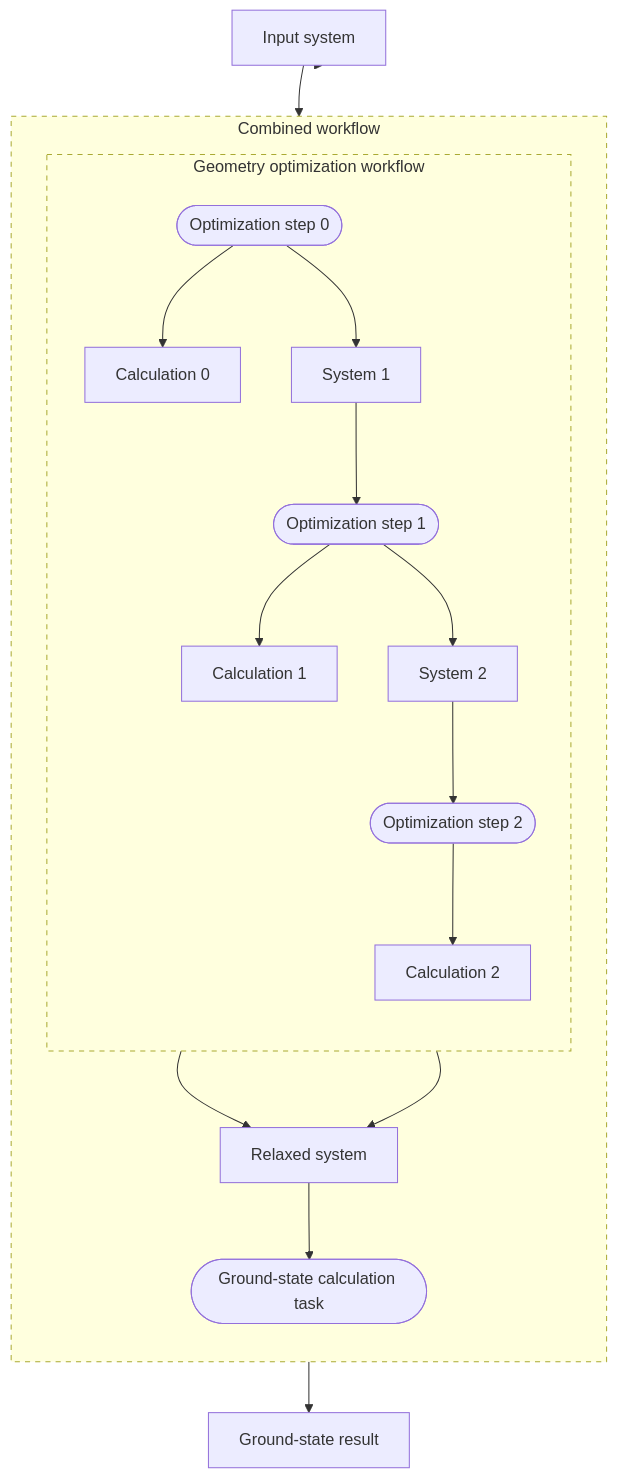
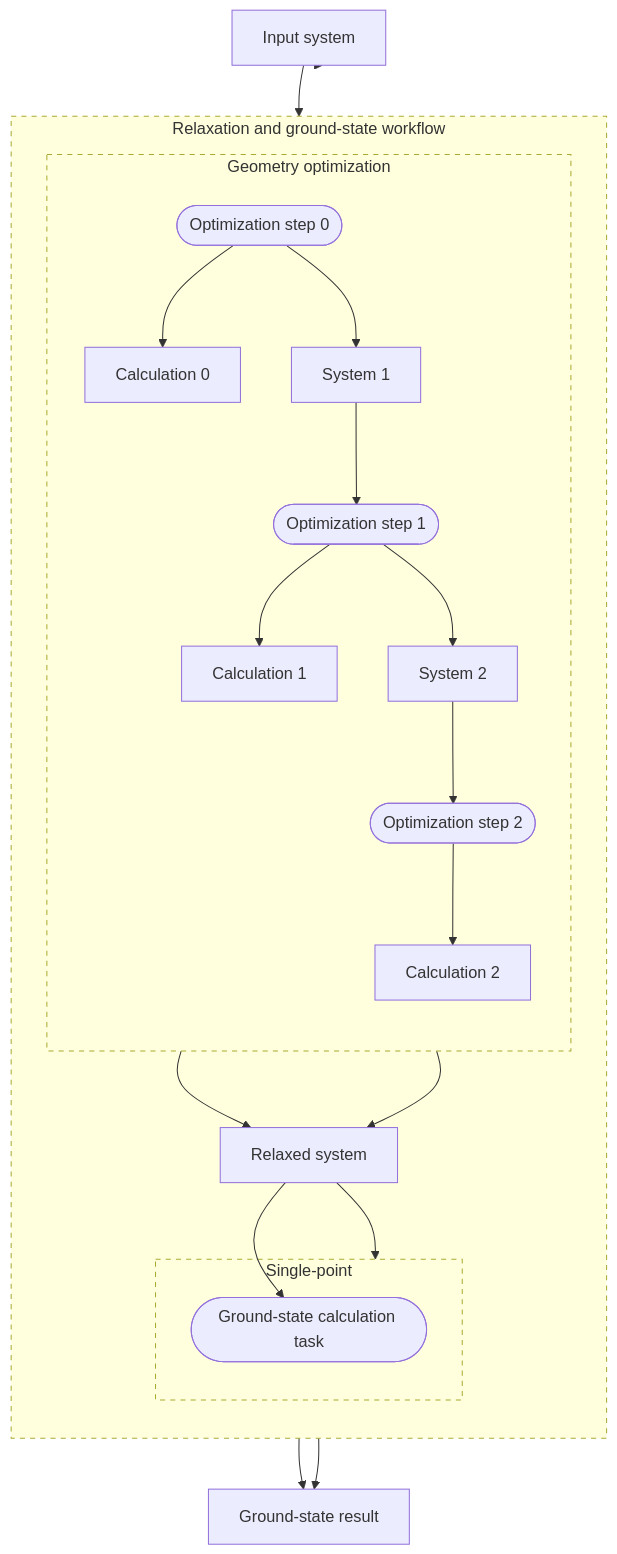
The second of 2 diagrams in docs/explanation/workflows.md (FAIRmat-NFDI/nomad-docs), drawn with Mermaid before and after one commit. The commit also changed other lines of this file, not shown here.

Commit message:
last refinement workflow ref umls

````diff
--- a/docs/explanation/workflows.md
+++ b/docs/explanation/workflows.md
@@ -101,38 +102,45 @@
 ```mermaid
 flowchart TB
     input["Input system"]
 
-    subgraph parent["Combined workflow"]
+    subgraph parent["Relaxation and ground-state workflow"]
         direction TB
-        subgraph optimization["Geometry optimization workflow"]
+        subgraph optimization["Geometry optimization"]
             direction TB
             step0(["Optimization step 0"])
             calc0["Calculation 0"]
             system1["System 1"]
             step1(["Optimization step 1"])
             calc1["Calculation 1"]
             system2["System 2"]
             step2(["Optimization step 2"])
             calc2["Calculation 2"]
 
             step0 --> calc0
             step0 --> system1
             system1 --> step1
             step1 --> calc1
             step1 --> system2
             system2 --> step2
             step2 --> calc2
         end
 
         step2 --> relaxed["Relaxed system"]
         optimization --> relaxed
-        relaxed --> ground_state(["Ground-state calculation task"])
+        subgraph single_point["Single-point"]
+            ground_state(["Ground-state calculation task"])
+        end
+
+        relaxed --> single_point
+        relaxed --> ground_state
     end
 
     input --> optimization
     input --> step0
     ground_state --> result["Ground-state result"]
+    single_point --> result
 
     style parent stroke-dasharray: 5 5
     style optimization stroke-dasharray: 5 5
+    style single_point stroke-dasharray: 5 5
 ```
````
